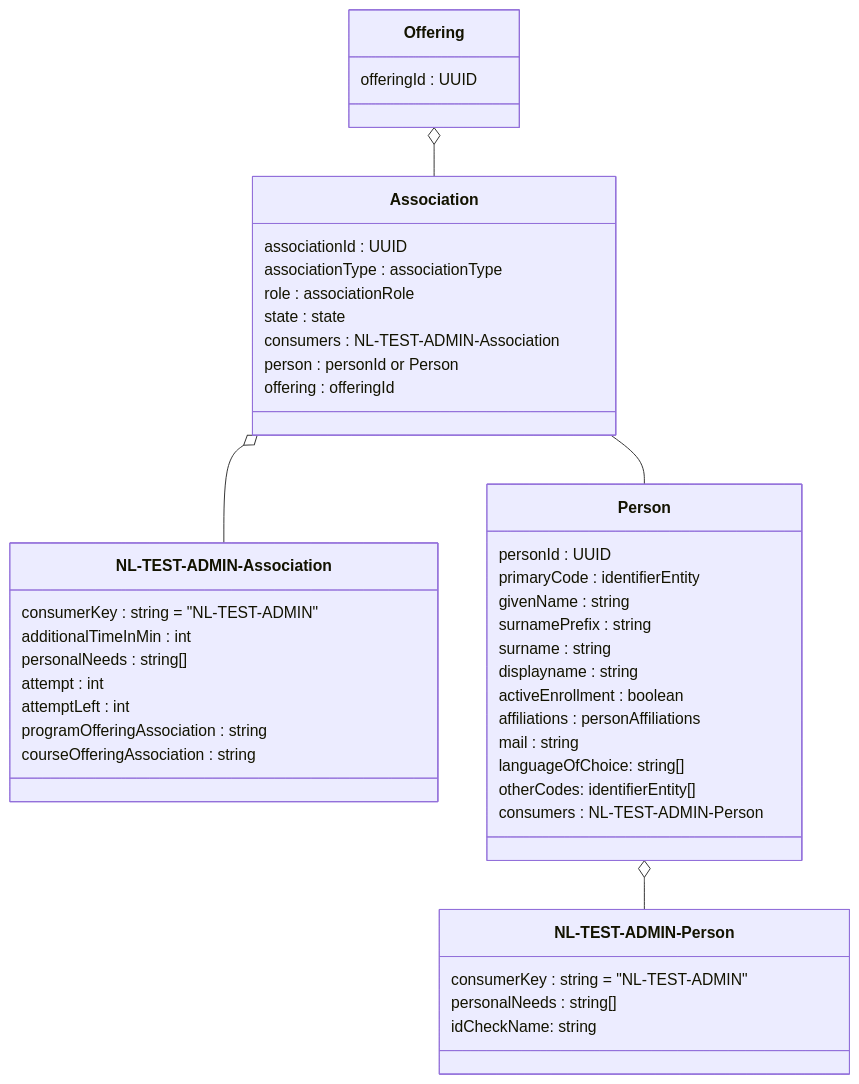
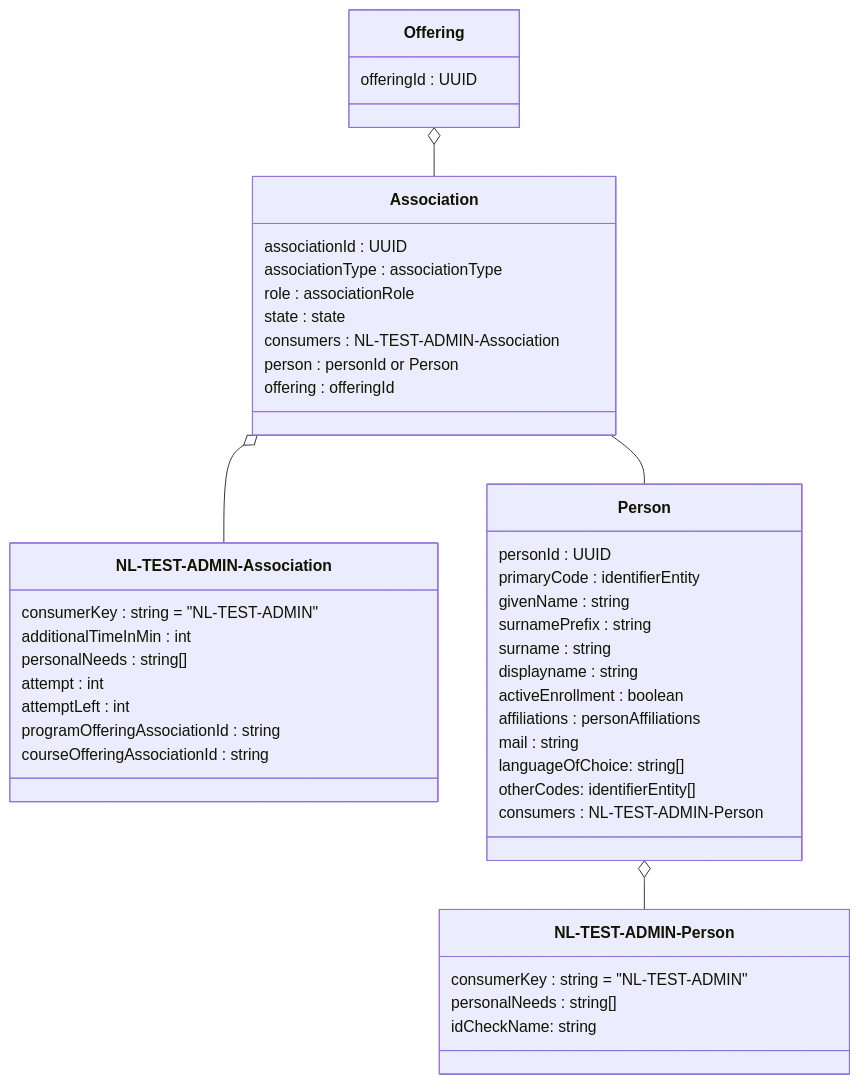
One commit to NetwerkExamineringDigitalisering/NED-OOAPI changed the fourth of 11 diagrams in doc/flow1.md. Above: the diagram before and after it, drawn with Mermaid.

Commit message:
Update flow1.md
xxOfferingAssociation in consumer gewijzigd in xxOfferingAssociationId

````diff
--- a/doc/flow1.md
+++ b/doc/flow1.md
@@ -131,48 +131,48 @@
 ```mermaid
 classDiagram
     class Association {
     	associationId : UUID
         associationType : associationType
         role : associationRole
         state : state
         consumers : NL-TEST-ADMIN-Association
         person : personId or Person
         offering : offeringId
     }
     class `NL-TEST-ADMIN-Association` {
     	consumerKey : string = "NL-TEST-ADMIN"
 	    additionalTimeInMin : int
 	    personalNeeds : string[]
         attempt : int
         attemptLeft : int
-	    programOfferingAssociation : string
-	    courseOfferingAssociation : string
+	    programOfferingAssociationId : string
+	    courseOfferingAssociationId : string
     }
     class Person {
         personId : UUID
         primaryCode : identifierEntity
         givenName : string
         surnamePrefix : string 
         surname : string
         displayname : string
         activeEnrollment : boolean 
         affiliations : personAffiliations
         mail : string
         languageOfChoice: string[]
 		otherCodes: identifierEntity[]
     	consumers : NL-TEST-ADMIN-Person
     }
     class `NL-TEST-ADMIN-Person` {
     	consumerKey : string = "NL-TEST-ADMIN"
 	    personalNeeds : string[]
         idCheckName: string
     }
     class Offering {
        offeringId : UUID
     }
     Offering  o-- Association
     Association o-- `NL-TEST-ADMIN-Association`
     Association -- Person
     Person o-- `NL-TEST-ADMIN-Person`
 
 ```
````
